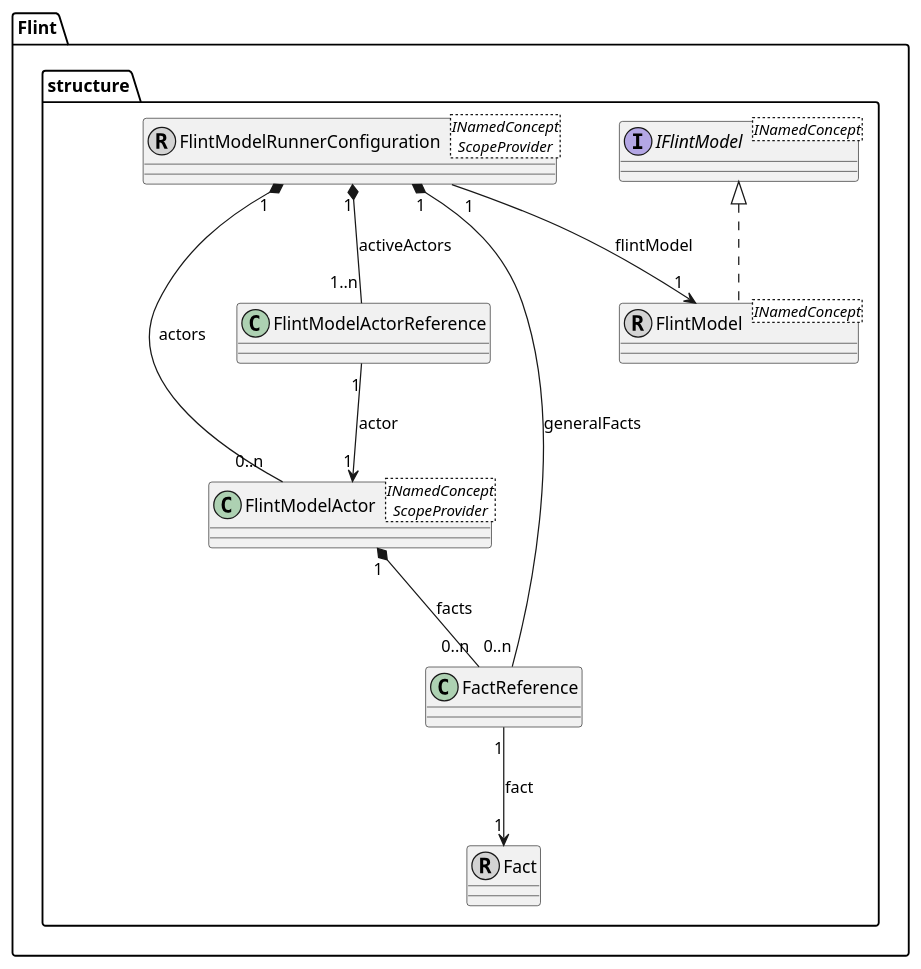
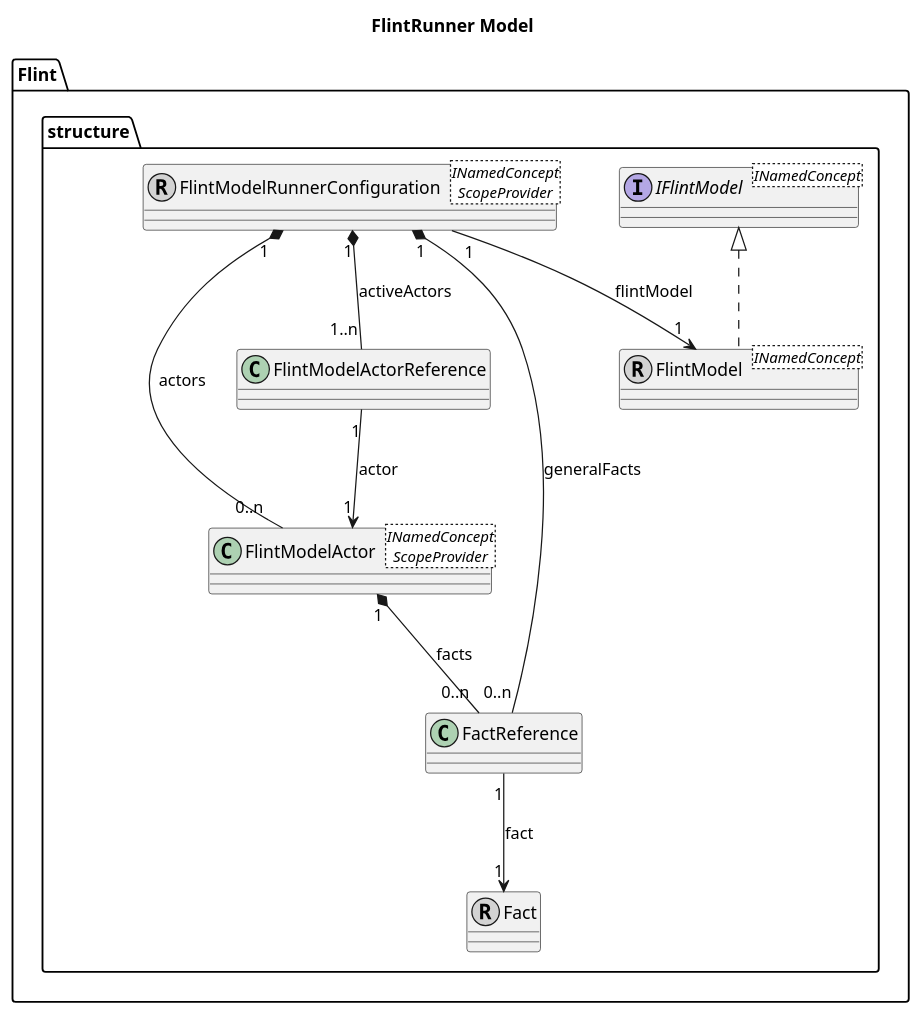
Before and after one commit to discipl/flinteditor-mps: the diagram in docs/uml/flintmodelrunner-model.puml, drawn with PlantUML. The commit also changed 13 other files, not shown here.

```diff
--- a/docs/uml/flintmodelrunner-model.puml
+++ b/docs/uml/flintmodelrunner-model.puml
@@ -1,20 +1,21 @@
 @startuml FlintRunner-Model
+title FlintRunner Model
 skinparam nodesep 50
 skinparam ranksep 75
 
 interface "Flint.structure.IFlintModel" <INamedConcept>
 class "Flint.structure.FlintModelActorReference"  
 class "Flint.structure.FactReference"  
 class "Flint.structure.FlintModelRunnerConfiguration" <INamedConcept\nScopeProvider> << (R, lightgrey) >>
 class "Flint.structure.Fact"  << (R, lightgrey) >>
 class "Flint.structure.FlintModel" <INamedConcept> << (R, lightgrey) >>
 class "Flint.structure.FlintModelActor" <INamedConcept\nScopeProvider> 
 "Flint.structure.IFlintModel" <|.. "Flint.structure.FlintModel"
 "Flint.structure.FlintModelActorReference" "1" --> "1" "Flint.structure.FlintModelActor" : actor
 "Flint.structure.FactReference" "1" --> "1" "Flint.structure.Fact" : fact
 "Flint.structure.FlintModelRunnerConfiguration" "1" *-- "0..n" "Flint.structure.FlintModelActor" : actors
 "Flint.structure.FlintModelRunnerConfiguration" "1" *-- "1..n" "Flint.structure.FlintModelActorReference" : activeActors
 "Flint.structure.FlintModelRunnerConfiguration" "1" *-- "0..n" "Flint.structure.FactReference" : generalFacts
 "Flint.structure.FlintModelRunnerConfiguration" "1" --> "1" "Flint.structure.FlintModel" : flintModel
 "Flint.structure.FlintModelActor" "1" *-- "0..n" "Flint.structure.FactReference" : facts
 @enduml
```
